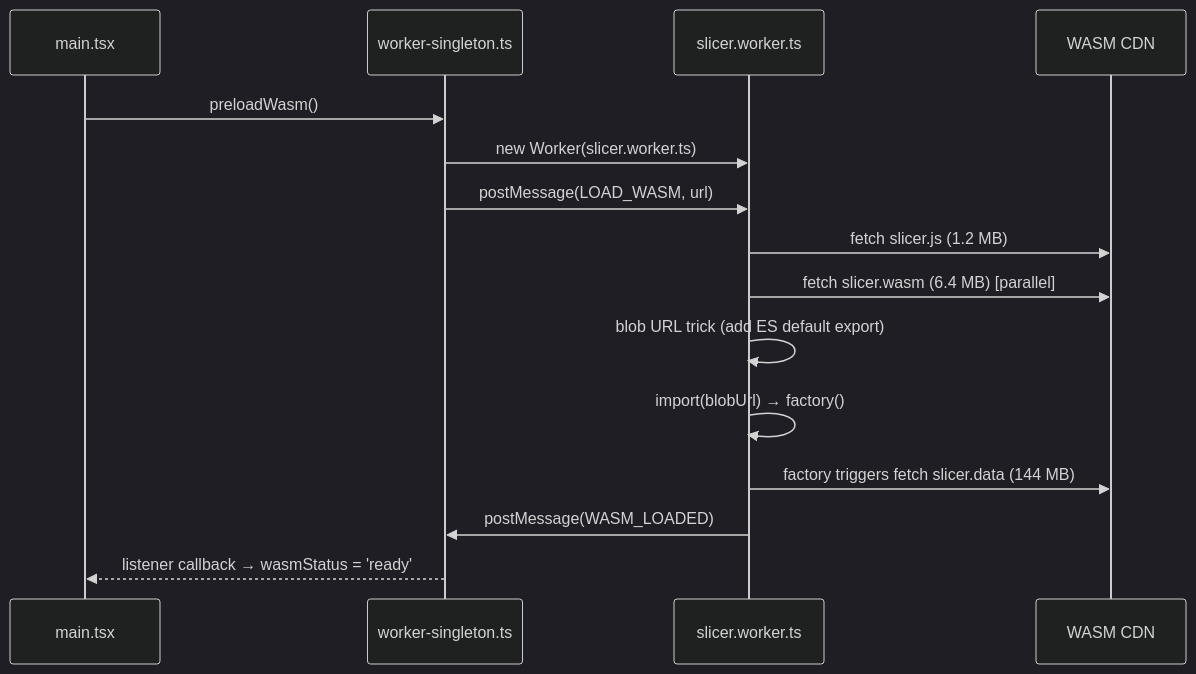
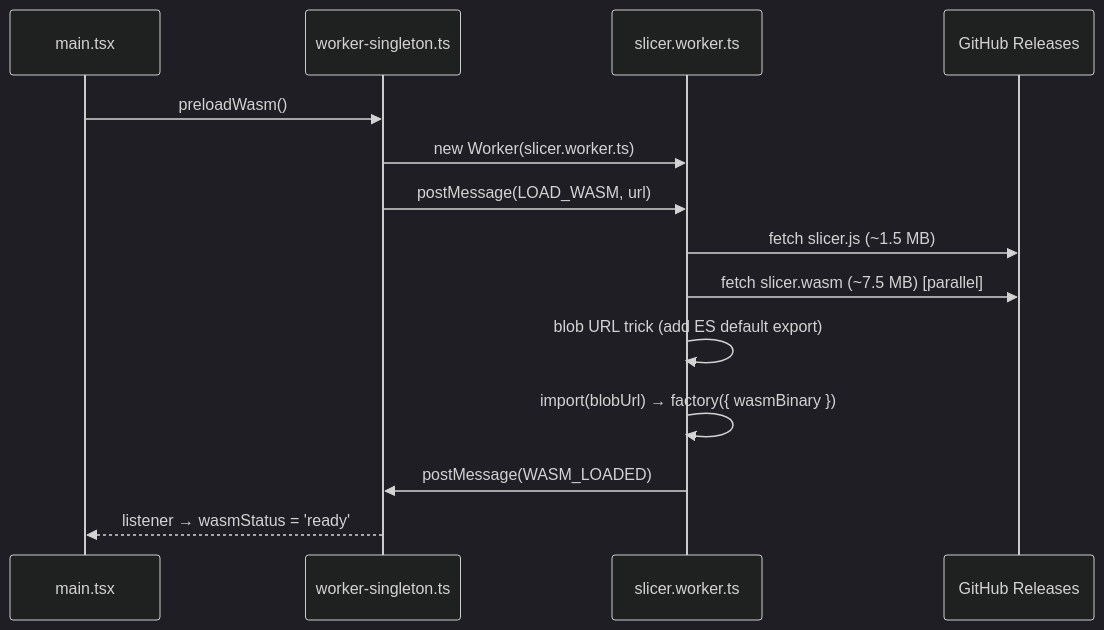
One commit to Hiosdra/OrcaWeb changed the diagram in mkdocs-docs/architecture.md. Above: the diagram before and after it, drawn with Mermaid (dark theme). The commit also changed other lines of this file and 2 other files, not shown here.

First line of the commit message:
docs: update status and architecture to reflect v2.3.2 production state

````diff
--- a/mkdocs-docs/architecture.md
+++ b/mkdocs-docs/architecture.md
@@ -41,18 +42,17 @@
 ```mermaid
 sequenceDiagram
     participant M as main.tsx
     participant S as worker-singleton.ts
     participant W as slicer.worker.ts
-    participant CDN as WASM CDN
+    participant R as GitHub Releases
 
     M->>S: preloadWasm()
     S->>W: new Worker(slicer.worker.ts)
     S->>W: postMessage(LOAD_WASM, url)
-    W->>CDN: fetch slicer.js  (1.2 MB)
-    W->>CDN: fetch slicer.wasm (6.4 MB) [parallel]
+    W->>R: fetch slicer.js  (~1.5 MB)
+    W->>R: fetch slicer.wasm (~7.5 MB) [parallel]
     W->>W: blob URL trick (add ES default export)
-    W->>W: import(blobUrl) → factory()
-    W->>CDN: factory triggers fetch slicer.data (144 MB)
+    W->>W: import(blobUrl) → factory({ wasmBinary })
     W->>S: postMessage(WASM_LOADED)
-    S-->>M: listener callback → wasmStatus = 'ready'
+    S-->>M: listener → wasmStatus = 'ready'
 ```
````
